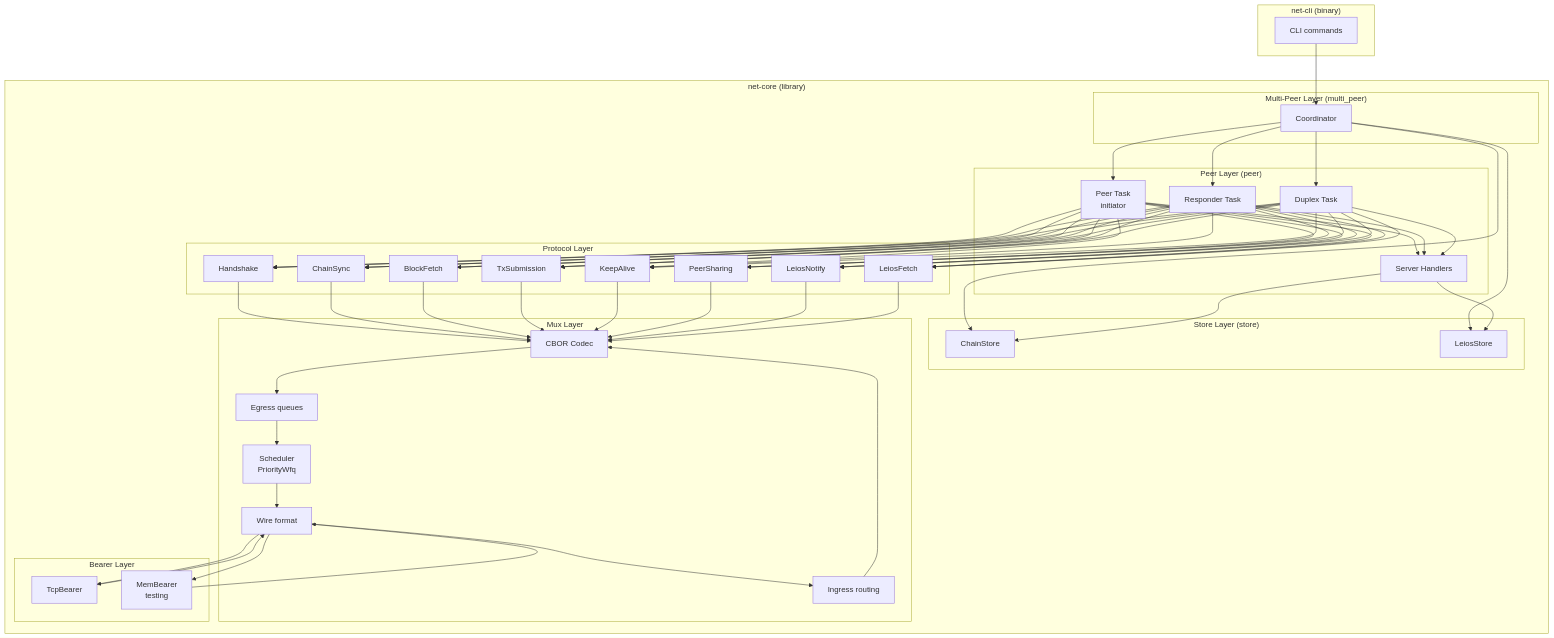
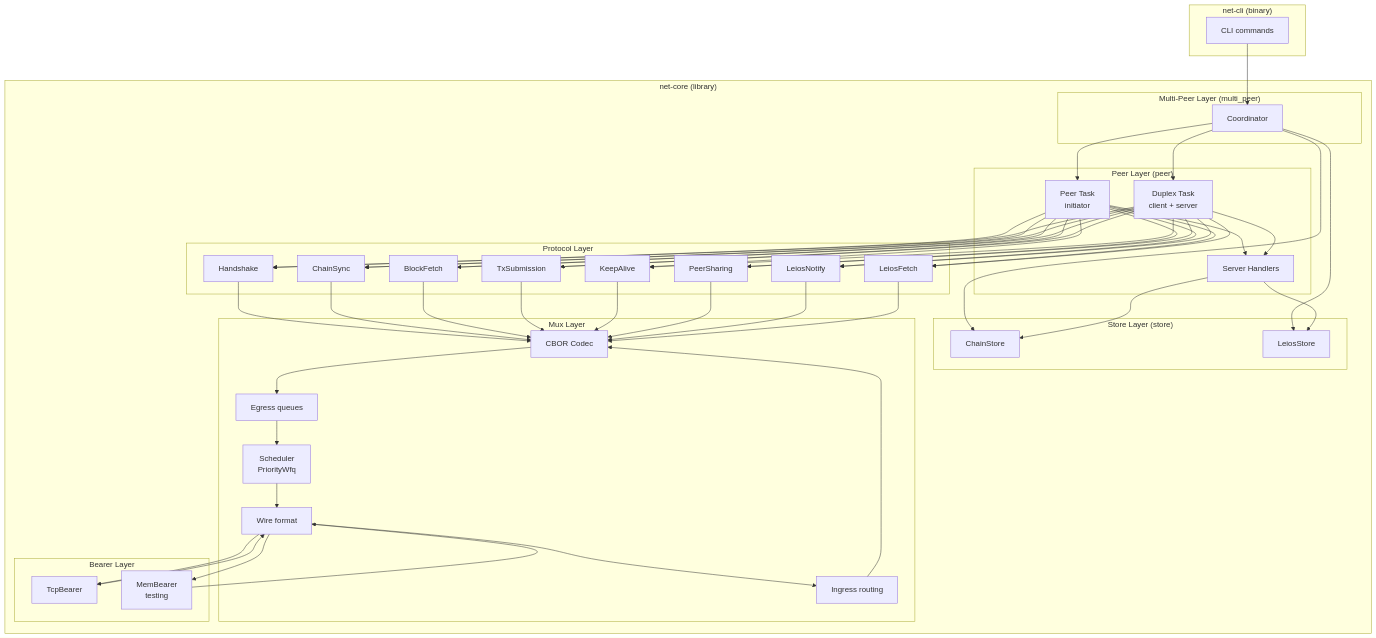
One commit to input-output-hk/ouroboros-leios changed the diagram in net-rs/README.md. Above: the diagram before and after it, drawn with Mermaid. The commit also changed other lines of this file and 9 other files, not shown here.

````diff
--- a/net-rs/README.md
+++ b/net-rs/README.md
@@ -61,59 +61,58 @@
 ```mermaid
 graph TD
     subgraph "net-cli (binary)"
         CLI[CLI commands]
     end
 
     subgraph "net-core (library)"
         subgraph "Multi-Peer Layer (multi_peer)"
             COORD[Coordinator]
         end
 
         subgraph "Store Layer (store)"
             CS[ChainStore]
             LS[LeiosStore]
         end
 
         subgraph "Peer Layer (peer)"
             PT[Peer Task<br/>initiator]
-            RT[Responder Task]
-            DT[Duplex Task]
+            DT[Duplex Task<br/>client + server]
             SH[Server Handlers]
         end
 
         subgraph "Protocol Layer"
             HS[Handshake]
             CSYNC[ChainSync]
             BF[BlockFetch]
             TX[TxSubmission]
             KA[KeepAlive]
             PS[PeerSharing]
             LN[LeiosNotify]
             LF[LeiosFetch]
         end
 
         subgraph "Mux Layer"
             SCHED[Scheduler<br/>PriorityWfq]
             EG[Egress queues]
             IG[Ingress routing]
             CODEC[CBOR Codec]
             WIRE[Wire format]
         end
 
         subgraph "Bearer Layer"
             TCP[TcpBearer]
             MEM[MemBearer<br/>testing]
         end
     end
 
     CLI --> COORD
-    COORD --> PT & RT & DT
+    COORD --> PT & DT
     COORD --> CS & LS
     SH --> CS & LS
-    PT & RT & DT --> SH
-    PT & RT & DT --> HS & CSYNC & BF & TX & KA & PS & LN & LF
+    PT & DT --> SH
+    PT & DT --> HS & CSYNC & BF & TX & KA & PS & LN & LF
     HS & CSYNC & BF & TX & KA & PS & LN & LF --> CODEC
     CODEC --> EG --> SCHED --> WIRE
     WIRE --> TCP & MEM
     TCP & MEM --> WIRE --> IG --> CODEC
 ```
````
